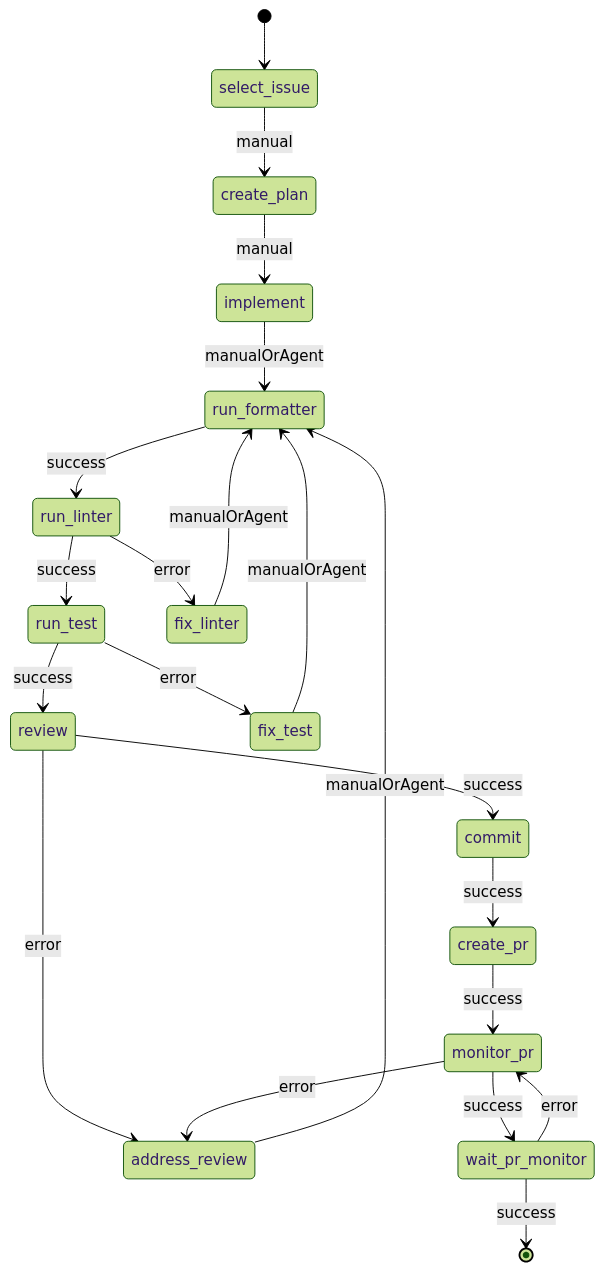
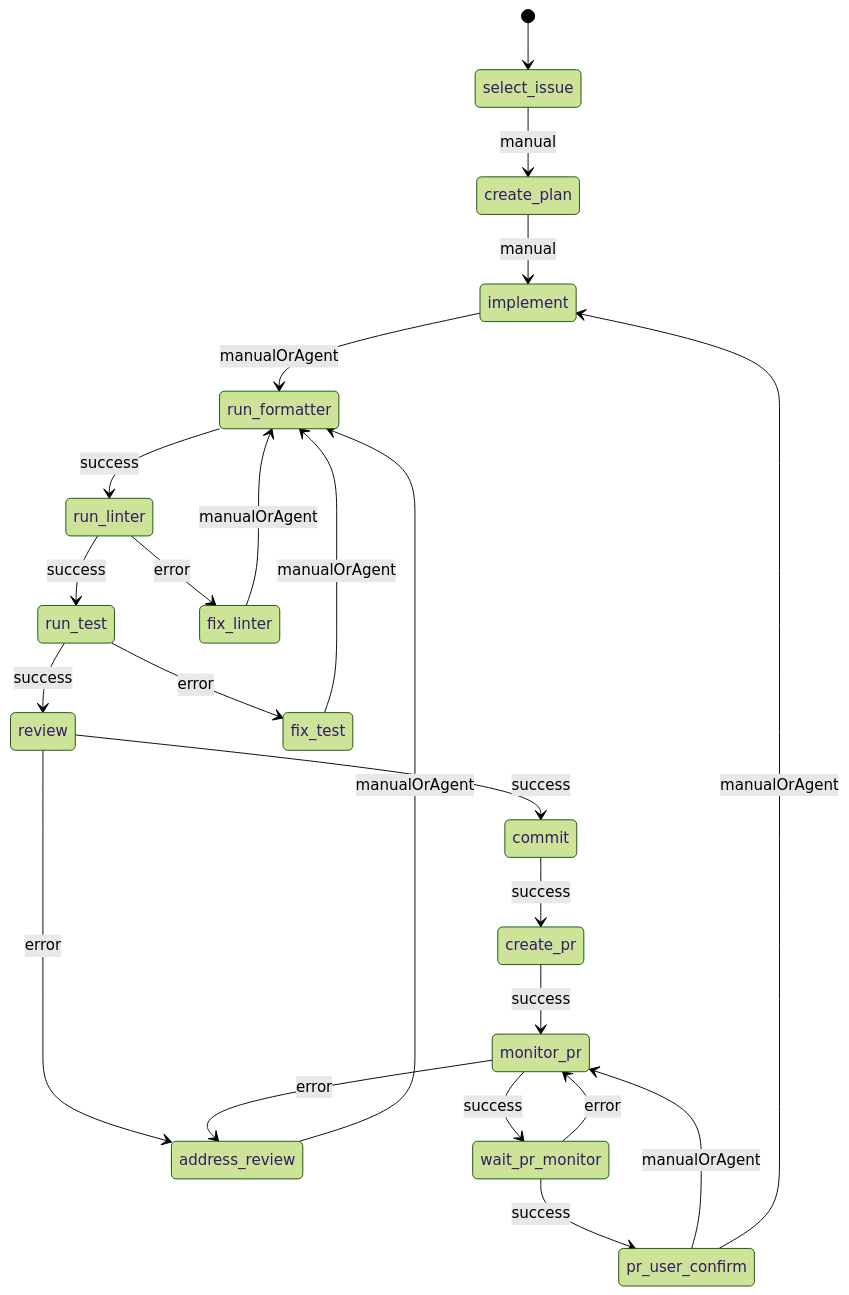
The diagram in .pi/extensions/github-issue-driven-dev/README.md (ano333333/ongeki-score-fetch), drawn with Mermaid (forest theme) before and after one commit. The commit also changed other lines of this file, not shown here.

Commit message:
docs: add pr-user-confirm state to workflow documentation
Update state transition diagram to include pr-user-confirm state:
- Add pr-user-confirm (state 15) to state list
- Update diagram: wait-pr-monitor transitions to pr-user-confirm on success
- pr-user-confirm can loop back to monitor-pr or implement via manual/agent action

This reflects the actual workflow behavior where merged PRs need user
confirmation before final completion.

````diff
--- a/.pi/extensions/github-issue-driven-dev/README.md
+++ b/.pi/extensions/github-issue-driven-dev/README.md
@@ -44,30 +45,32 @@
 ```mermaid
 stateDiagram-v2
     [*] --> select_issue
 
     select_issue --> create_plan: manual
     create_plan --> implement: manual
     implement --> run_formatter: manualOrAgent
 
     run_formatter --> run_linter: success
 
     run_linter --> run_test: success
     run_linter --> fix_linter: error
     fix_linter --> run_formatter: manualOrAgent
 
     run_test --> review: success
     run_test --> fix_test: error
     fix_test --> run_formatter: manualOrAgent
 
     review --> commit: success
     review --> address_review: error
     address_review --> run_formatter: manualOrAgent
 
     commit --> create_pr: success
     create_pr --> monitor_pr: success
 
     monitor_pr --> address_review: error
     monitor_pr --> wait_pr_monitor: success
     wait_pr_monitor --> monitor_pr: error
-    wait_pr_monitor --> [*]: success
+    wait_pr_monitor --> pr_user_confirm: success
+    pr_user_confirm --> monitor_pr: manualOrAgent
+    pr_user_confirm --> implement: manualOrAgent
 ```
````
